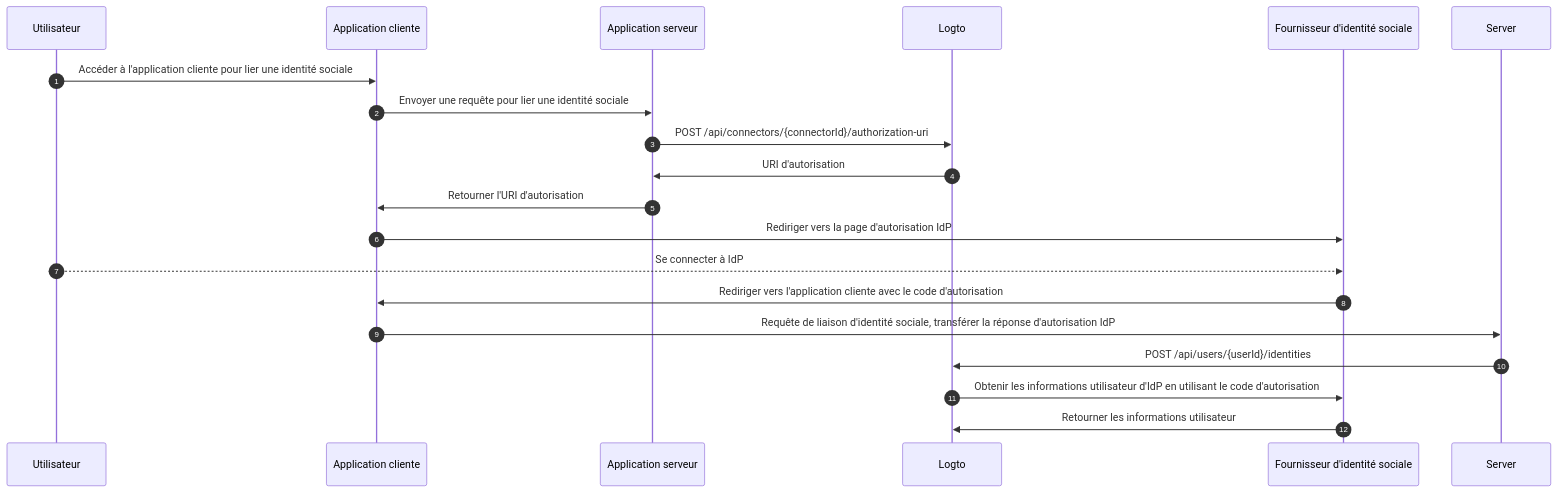
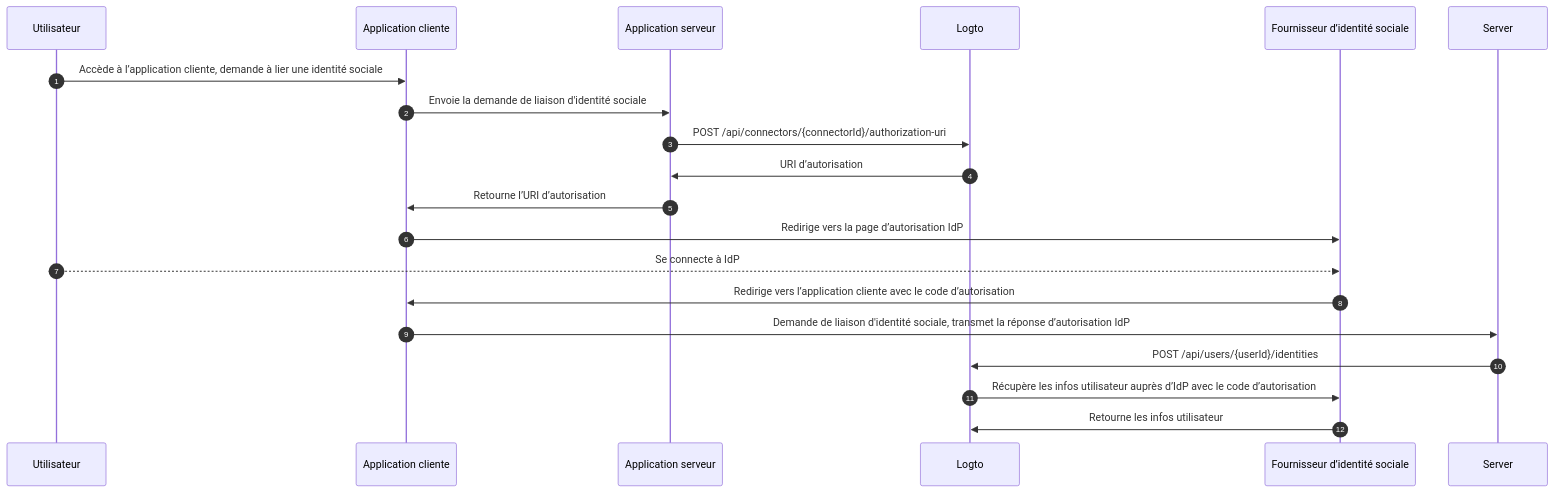
One commit to logto-io/docs changed the third of 3 diagrams in i18n/fr/docusaurus-plugin-content-docs/current/end-user-flows/account-settings/by-management-api.mdx. Above: the diagram before and after it, drawn with Mermaid. The commit also changed other lines of this file and 80 other files, not shown here.

````diff
--- a/i18n/fr/docusaurus-plugin-content-docs/current/end-user-flows/account-settings/by-management-api.mdx
+++ b/i18n/fr/docusaurus-plugin-content-docs/current/end-user-flows/account-settings/by-management-api.mdx
@@ -120,22 +120,22 @@
 ```mermaid
 sequenceDiagram
     autoNumber
     participant User as Utilisateur
     participant Client as Application cliente
     participant App as Application serveur
     participant Logto as Logto
-    participant IdP as Fournisseur d'identité sociale
+    participant IdP as Fournisseur d’identité sociale
 
-    User ->> Client: Accéder à l'application cliente pour lier une identité sociale
-    Client ->> App: Envoyer une requête pour lier une identité sociale
+    User ->> Client: Accède à l’application cliente, demande à lier une identité sociale
+    Client ->> App: Envoie la demande de liaison d'identité sociale
     App ->> Logto: POST /api/connectors/{connectorId}/authorization-uri
-    Logto ->> App: URI d'autorisation
-    App ->> Client: Retourner l'URI d'autorisation
-    Client ->> IdP: Rediriger vers la page d'autorisation IdP
-    User -->> IdP: Se connecter à IdP
-    IdP ->> Client: Rediriger vers l'application cliente avec le code d'autorisation
-    Client ->> Server: Requête de liaison d'identité sociale, transférer la réponse d'autorisation IdP
+    Logto ->> App: URI d’autorisation
+    App ->> Client: Retourne l’URI d’autorisation
+    Client ->> IdP: Redirige vers la page d’autorisation IdP
+    User -->> IdP: Se connecte à IdP
+    IdP ->> Client: Redirige vers l’application cliente avec le code d’autorisation
+    Client ->> Server: Demande de liaison d'identité sociale, transmet la réponse d’autorisation IdP
     Server ->> Logto: POST /api/users/{userId}/identities
-    Logto ->> IdP: Obtenir les informations utilisateur d'IdP en utilisant le code d'autorisation
-    IdP ->> Logto: Retourner les informations utilisateur
+    Logto ->> IdP: Récupère les infos utilisateur auprès d’IdP avec le code d’autorisation
+    IdP ->> Logto: Retourne les infos utilisateur
 ```
````
